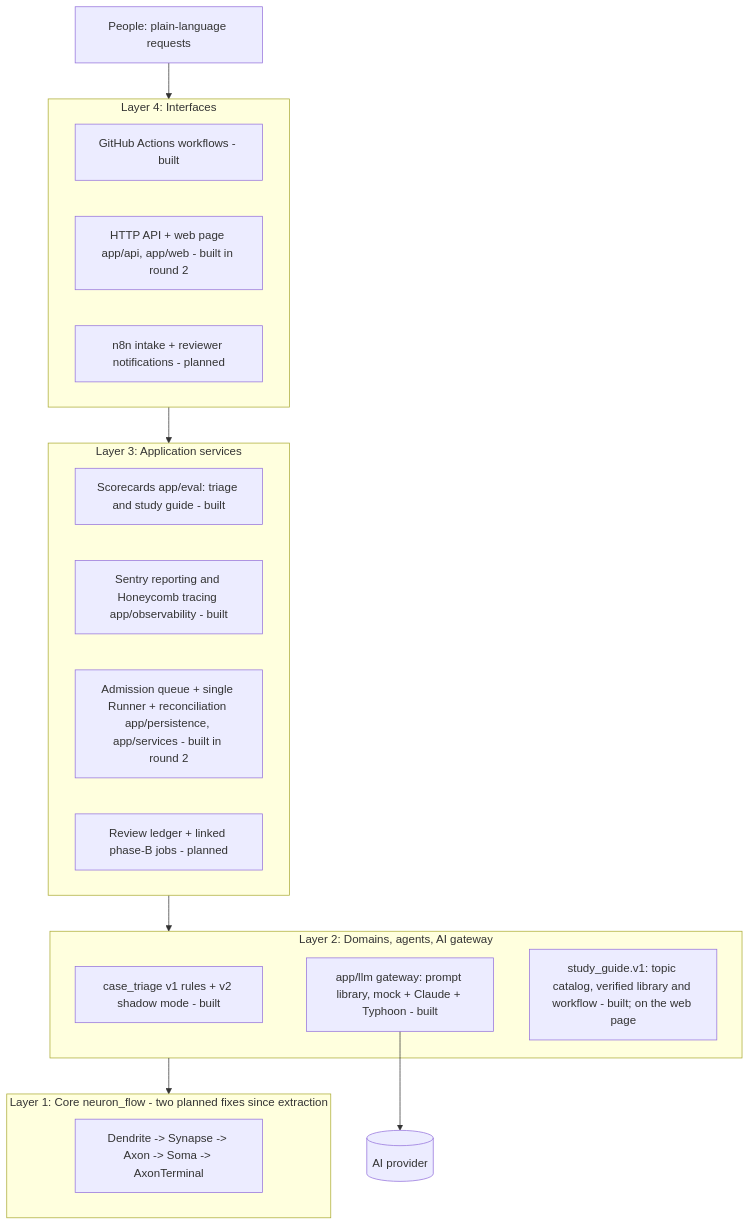
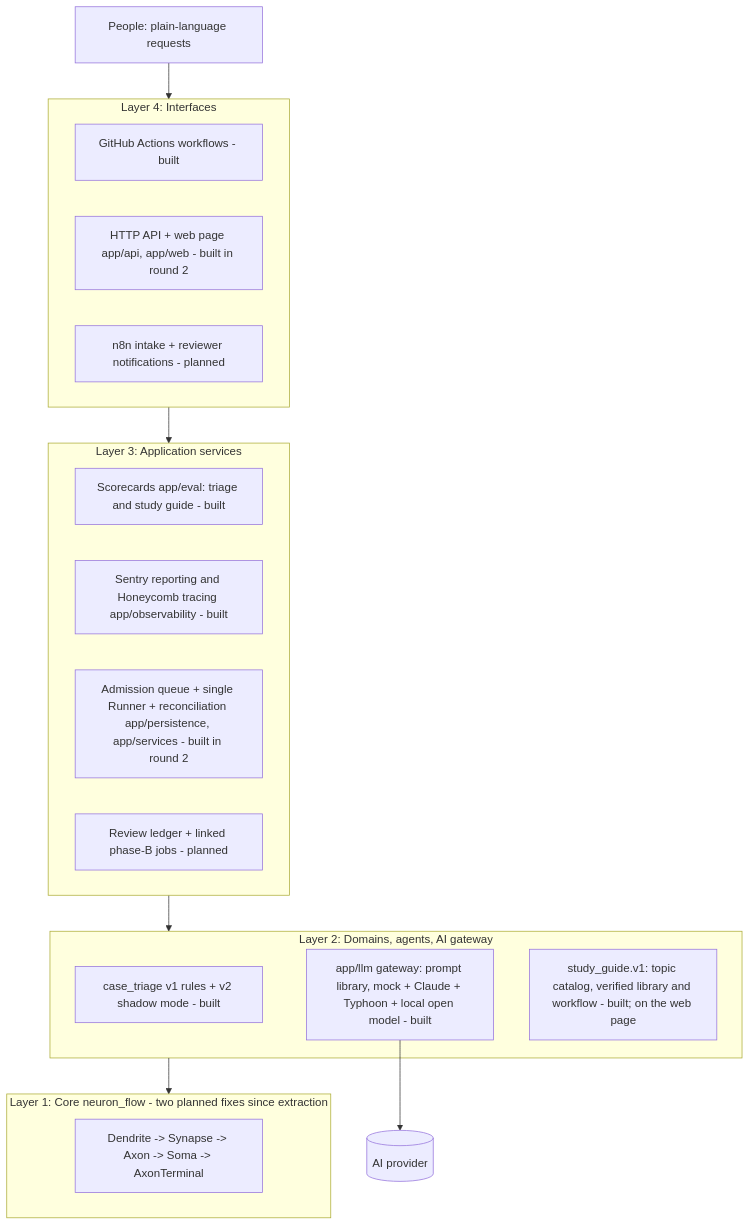
The diagram in docs/architecture.md (narongdetpyou-ux/System_Neuron_flow_AI), drawn with Mermaid before and after one commit. The commit also changed other lines of this file and 10 other files, not shown here.

First line of the commit message:
Pin the model file, record the first smoke run, and document the local lane

````diff
--- a/docs/architecture.md
+++ b/docs/architecture.md
@@ -24,25 +24,25 @@
 ```mermaid
 flowchart TD
     U[People: plain-language requests] --> L4
     subgraph L4[Layer 4: Interfaces]
       GH[GitHub Actions workflows - built]
       API[HTTP API + web page app/api, app/web - built in round 2]
       N8N[n8n intake + reviewer notifications - planned]
     end
     subgraph L3[Layer 3: Application services]
       EV[Scorecards app/eval: triage and study guide - built]
       OBS[Sentry reporting and Honeycomb tracing app/observability - built]
       Q[Admission queue + single Runner + reconciliation app/persistence, app/services - built in round 2]
       REV[Review ledger + linked phase-B jobs - planned]
     end
     subgraph L2[Layer 2: Domains, agents, AI gateway]
       TRI[case_triage v1 rules + v2 shadow mode - built]
-      LLM[app/llm gateway: prompt library, mock + Claude + Typhoon - built]
+      LLM[app/llm gateway: prompt library, mock + Claude + Typhoon + local open model - built]
       SG[study_guide.v1: topic catalog, verified library and workflow - built; on the web page]
     end
     subgraph L1[Layer 1: Core neuron_flow - two planned fixes since extraction]
       CORE[Dendrite -> Synapse -> Axon -> Soma -> AxonTerminal]
     end
     L4 --> L3 --> L2 --> L1
     LLM --> P[(AI provider)]
 ```
````
